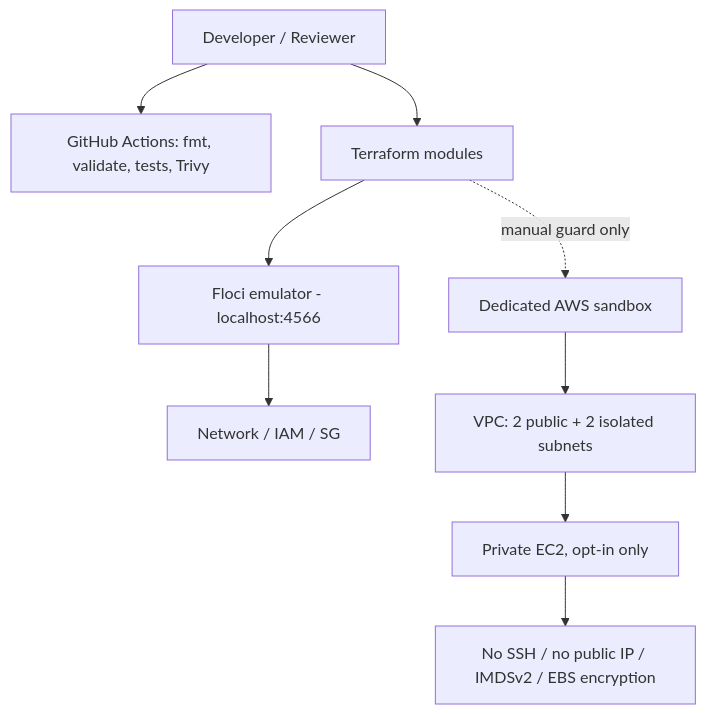
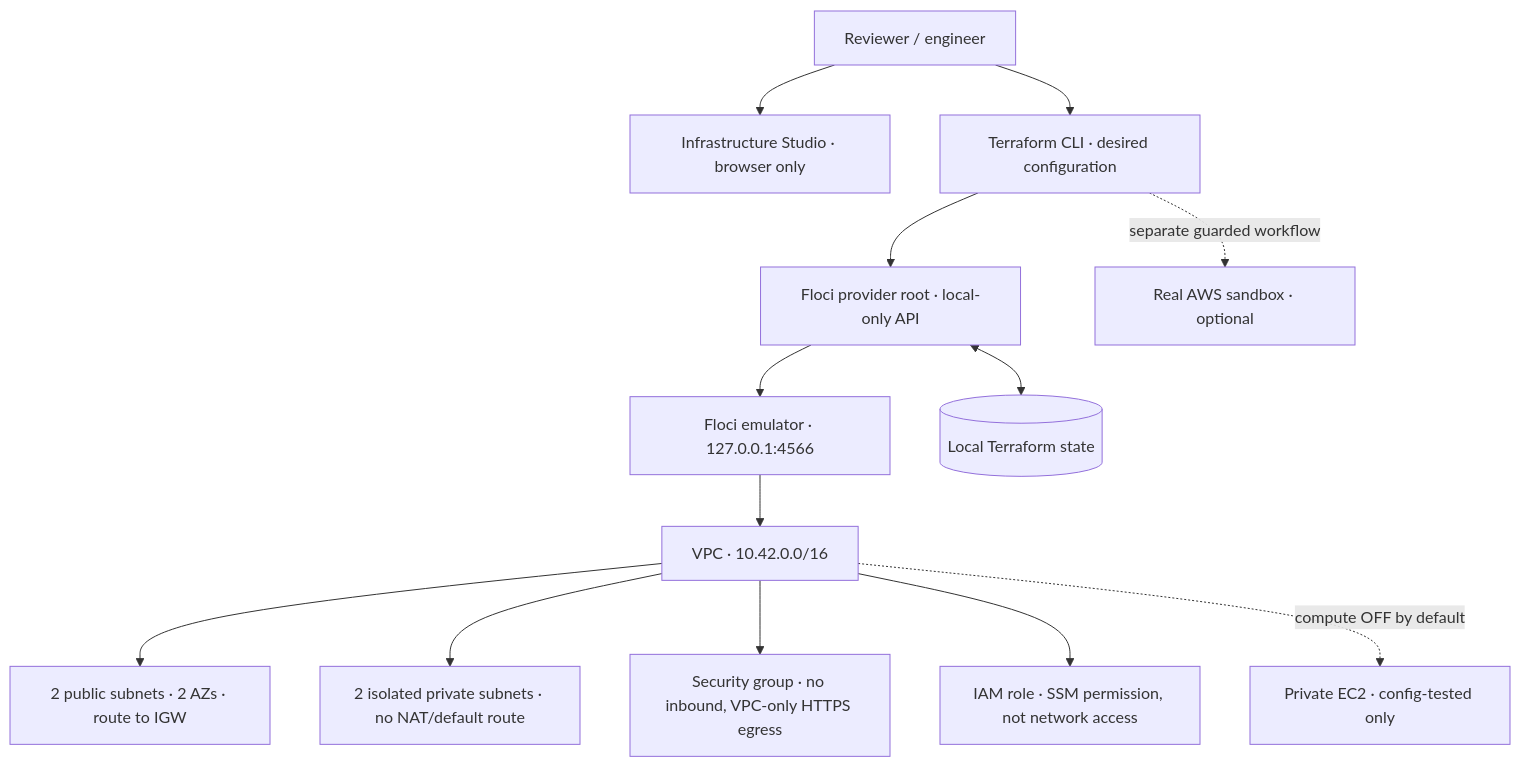
Before and after one commit to Mishkaaass/terraform-aws-lab: the diagram in README.md, drawn with Mermaid. The commit also changed other lines of this file and 21 other files, not shown here.

First line of the commit message:
feat: ship Infrastructure Studio with guided Terraform and Floci labs (#4)

````diff
--- a/README.md
+++ b/README.md
@@ -17,11 +31,15 @@
 ```mermaid
 flowchart TB
-  Dev[Developer / Reviewer] --> Gates[GitHub Actions: fmt, validate, tests, Trivy]
-  Dev --> TF[Terraform modules]
-  TF --> FLOCI[Floci emulator - localhost:4566]
-  TF -. manual guard only .-> AWS[Dedicated AWS sandbox]
-  FLOCI --> VPC[Network / IAM / SG]
-  AWS --> VPC2[VPC: 2 public + 2 isolated subnets]
-  VPC2 --> EC2[Private EC2, opt-in only]
-  EC2 --> HARD[No SSH / no public IP / IMDSv2 / EBS encryption]
+    U["Reviewer / engineer"] --> UI["Infrastructure Studio · browser only"]
+    U --> TF["Terraform CLI · desired configuration"]
+    TF --> F["Floci provider root · local-only API"]
+    TF -. "separate guarded workflow" .-> A["Real AWS sandbox · optional"]
+    F --> L["Floci emulator · 127.0.0.1:4566"]
+    F <--> S[("Local Terraform state")]
+    L --> V["VPC · 10.42.0.0/16"]
+    V --> P["2 public subnets · 2 AZs · route to IGW"]
+    V --> I["2 isolated private subnets · no NAT/default route"]
+    V --> SEC["Security group · no inbound, VPC-only HTTPS egress"]
+    V --> IAM["IAM role · SSM permission, not network access"]
+    V -. "compute OFF by default" .-> EC2["Private EC2 · config-tested only"]
 ```
````
